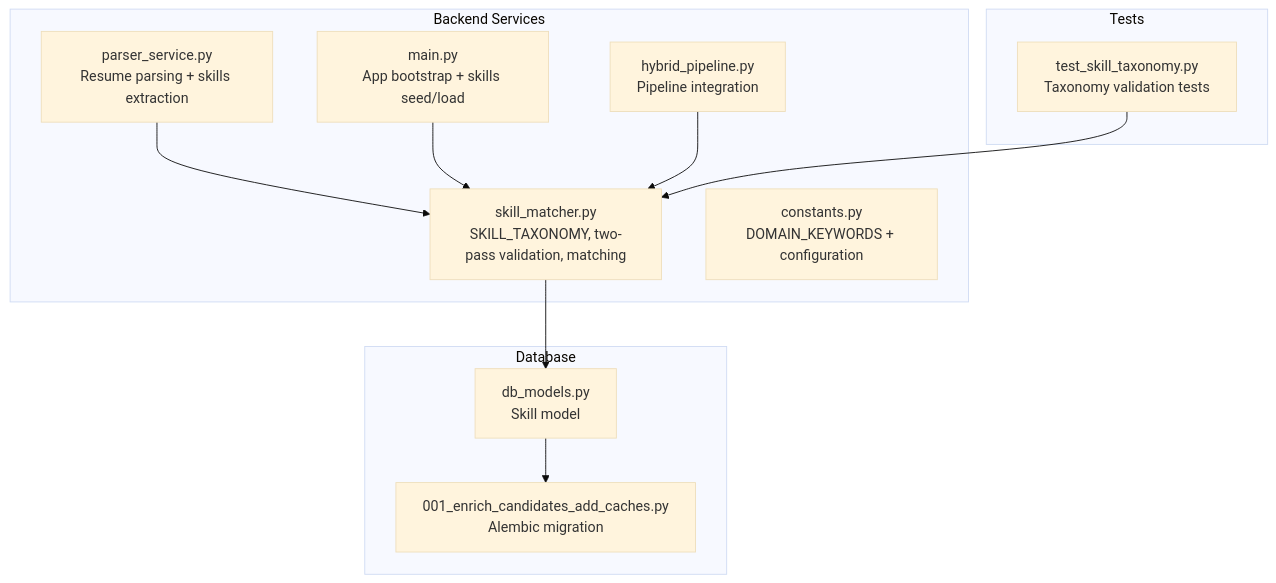
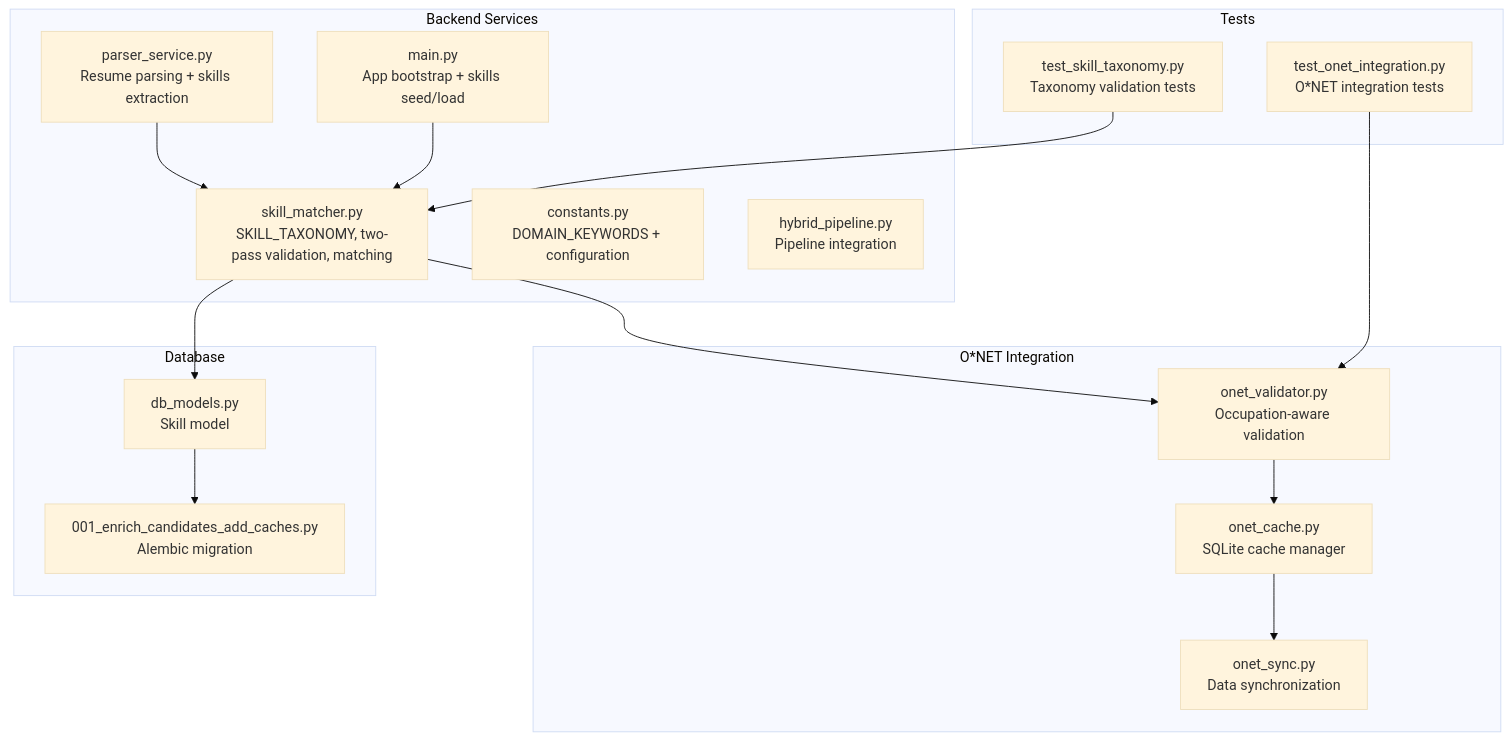
The first of 6 diagrams in .qoder/repowiki/en/content/Advanced Topics/Skills Registry Extension.md (Revanththetalogics/aireume), drawn with Mermaid (base theme) before and after one commit. The commit also changed other lines of this file and 4 other files, not shown here.

Commit message:
integrate O*NET validation into hybrid and agent pipelines with graceful degradation

````diff
--- a/.qoder/repowiki/en/content/Advanced Topics/Skills Registry Extension.md
+++ b/.qoder/repowiki/en/content/Advanced Topics/Skills Registry Extension.md
@@ -49,23 +62,32 @@
 ```mermaid
 graph TB
 subgraph "Backend Services"
 SM["skill_matcher.py<br/>SKILL_TAXONOMY, two-pass validation, matching"]
 PS["parser_service.py<br/>Resume parsing + skills extraction"]
 CONST["constants.py<br/>DOMAIN_KEYWORDS + configuration"]
 MAIN["main.py<br/>App bootstrap + skills seed/load"]
 HP["hybrid_pipeline.py<br/>Pipeline integration"]
 end
+subgraph "O*NET Integration"
+OC["onet_cache.py<br/>SQLite cache manager"]
+OS["onet_sync.py<br/>Data synchronization"]
+OV["onet_validator.py<br/>Occupation-aware validation"]
+end
 subgraph "Database"
 DBM["db_models.py<br/>Skill model"]
 MIG["001_enrich_candidates_add_caches.py<br/>Alembic migration"]
 end
 subgraph "Tests"
 TST["test_skill_taxonomy.py<br/>Taxonomy validation tests"]
+OTST["test_onet_integration.py<br/>O*NET integration tests"]
 end
 SM --> DBM
+SM --> OV
 PS --> SM
 MAIN --> SM
 DBM --> MIG
 TST --> SM
-HP --> SM
+OTST --> OV
+OC --> OS
+OV --> OC
 ```
````
